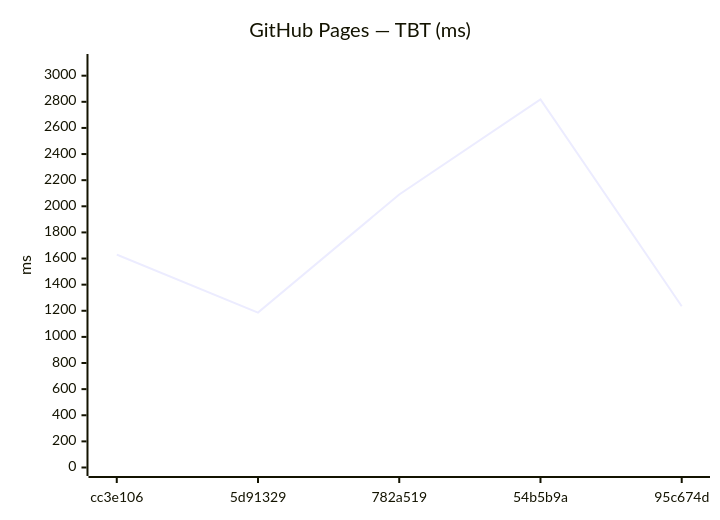
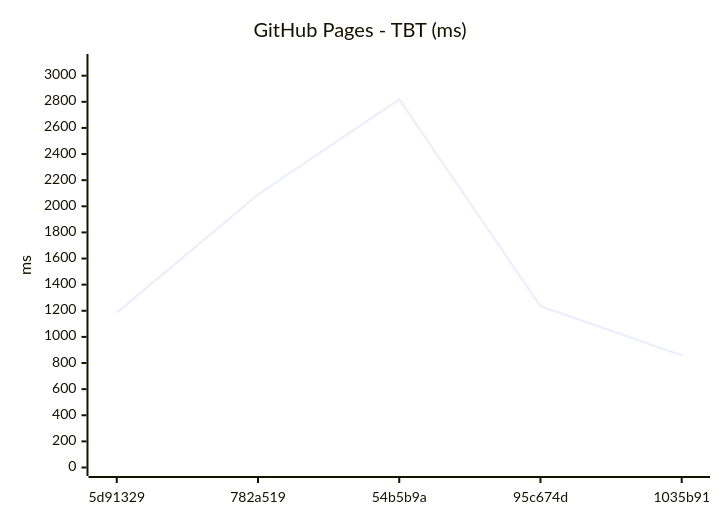
Before and after one commit to Metaheurist/Rianell: the tenth of 18 diagrams in benchmarks/compare.md, drawn with Mermaid. The commit also changed other lines of this file and 294 other files, not shown here.

````diff
--- a/benchmarks/compare.md
+++ b/benchmarks/compare.md
@@ -149,7 +149,7 @@
 ```mermaid
 xychart-beta
-    title "GitHub Pages — TBT (ms)"
-    x-axis ["cc3e106", "5d91329", "782a519", "54b5b9a", "95c674d"]
+    title "GitHub Pages - TBT (ms)"
+    x-axis ["5d91329", "782a519", "54b5b9a", "95c674d", "1035b91"]
     y-axis "ms" 0 --> 3101
-    line [1630, 1186, 2090, 2819, 1235]
+    line [1186, 2090, 2819, 1235, 859]
 ```
````
